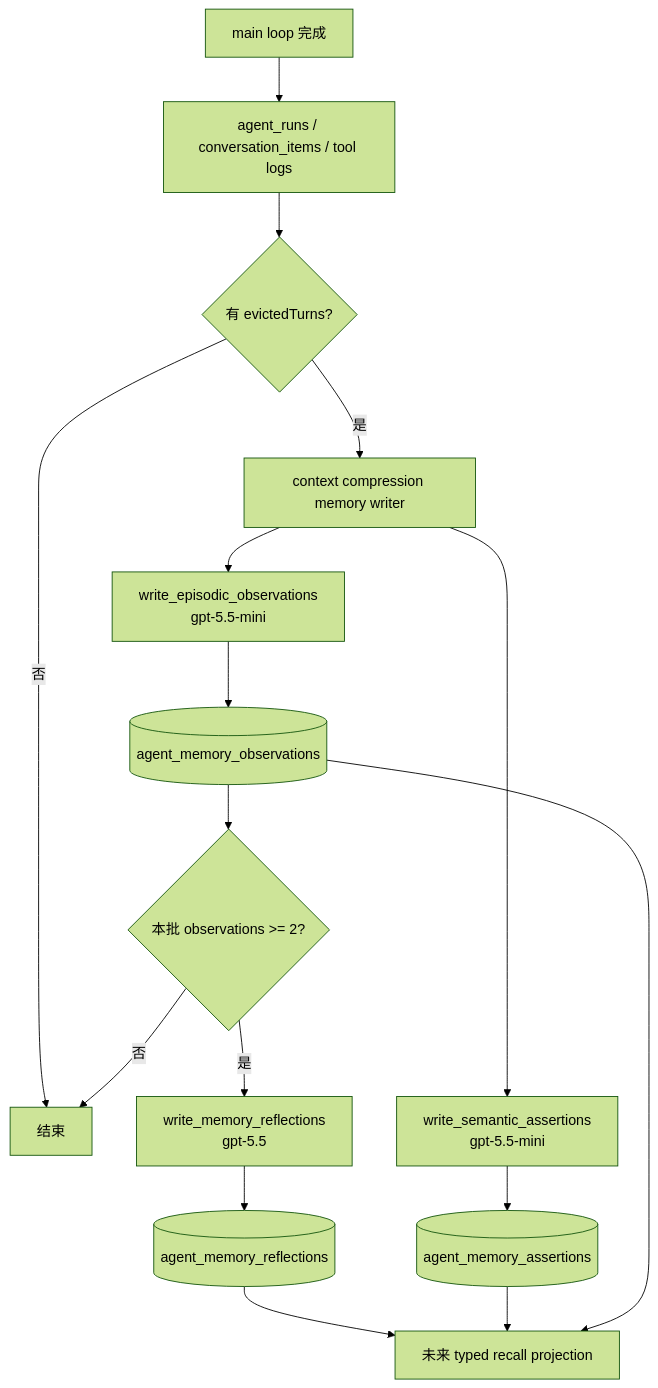
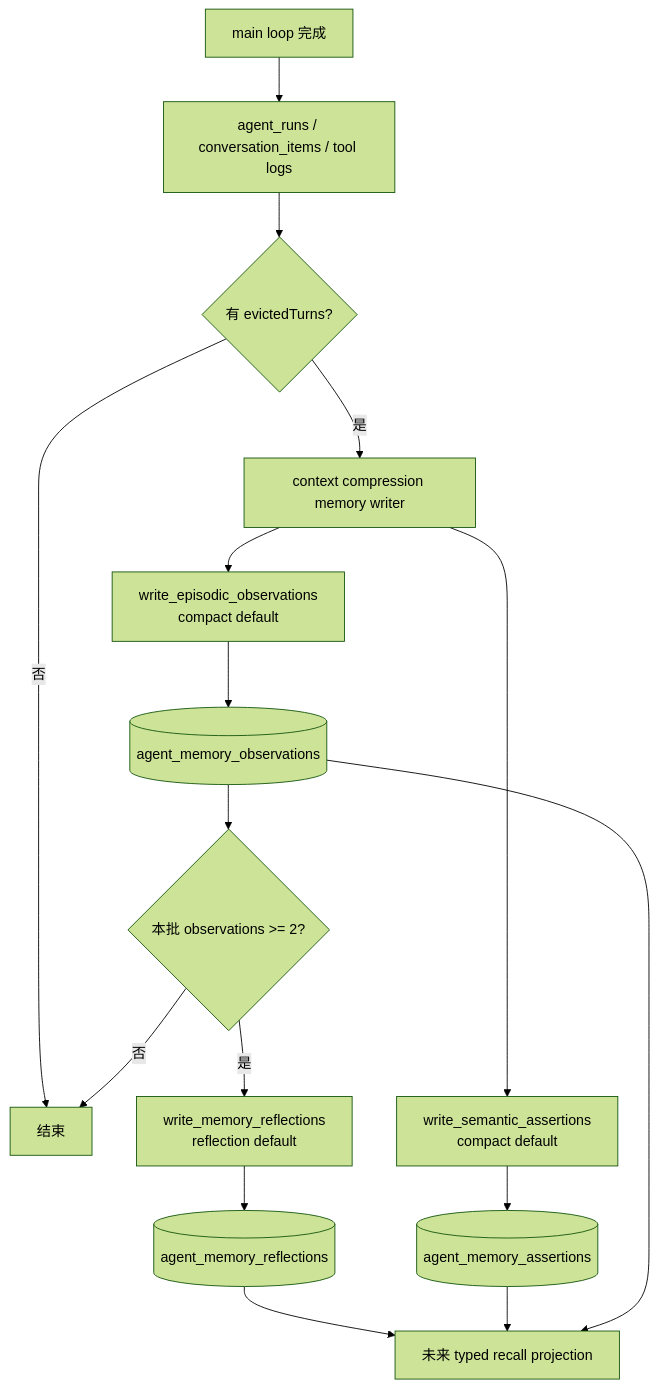
The eighth of 8 diagrams in docs/XIAONI_SPEAKING_FLOW.md (Hei-AI/xiaoni_cc), drawn with Mermaid (forest theme) before and after one commit. The commit also changed other lines of this file and 8 other files, not shown here.

````diff
--- a/docs/XIAONI_SPEAKING_FLOW.md
+++ b/docs/XIAONI_SPEAKING_FLOW.md
@@ -651,18 +651,18 @@
 ```mermaid
 flowchart TD
   A[main loop 完成] --> B[agent_runs / conversation_items / tool logs]
   B --> C{有 evictedTurns?}
   C -->|否| E[结束]
   C -->|是| D[context compression memory writer]
-  D --> F[write_episodic_observations<br/>gpt-5.5-mini]
-  D --> G[write_semantic_assertions<br/>gpt-5.5-mini]
+  D --> F[write_episodic_observations<br/>compact default]
+  D --> G[write_semantic_assertions<br/>compact default]
   F --> H[(agent_memory_observations)]
   G --> I[(agent_memory_assertions)]
   H --> J{本批 observations >= 2?}
-  J -->|是| K[write_memory_reflections<br/>gpt-5.5]
+  J -->|是| K[write_memory_reflections<br/>reflection default]
   J -->|否| E
   K --> L[(agent_memory_reflections)]
   L --> M[未来 typed recall projection]
   I --> M
   H --> M
 ```
````
